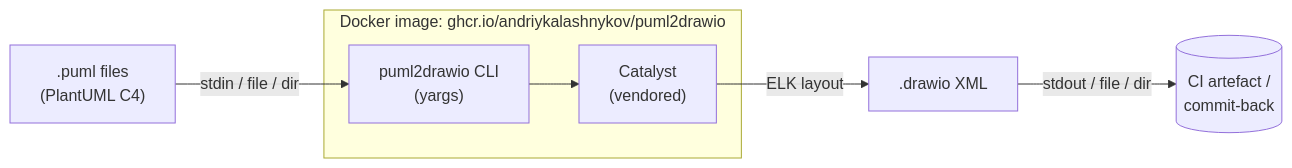
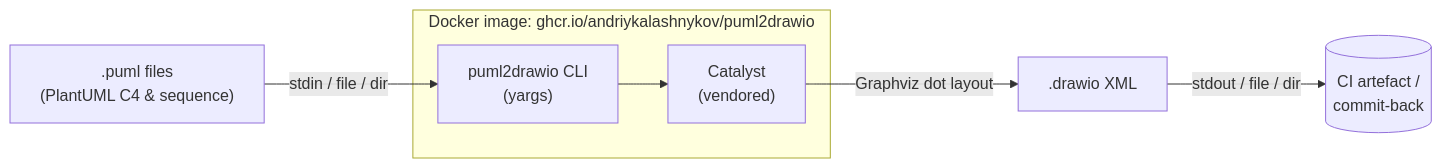
Before and after one commit to AndriyKalashnykov/puml2drawio: the diagram in README.md, drawn with Mermaid. The commit also changed other lines of this file, not shown here.

First line of the commit message:
docs(readme): cover C4 & sequence sources, not C4-only (#100)

````diff
--- a/README.md
+++ b/README.md
@@ -10,12 +10,12 @@
 ```mermaid
 flowchart LR
-  puml[".puml files<br/>(PlantUML C4)"] -->|stdin / file / dir| cli["puml2drawio CLI<br/>(yargs)"]
+  puml[".puml files<br/>(PlantUML C4 & sequence)"] -->|stdin / file / dir| cli["puml2drawio CLI<br/>(yargs)"]
   cli --> conv["Catalyst<br/>(vendored)"]
-  conv -->|ELK layout| drawio[".drawio XML"]
+  conv -->|Graphviz dot layout| drawio[".drawio XML"]
   drawio -->|stdout / file / dir| out[("CI artefact /<br/>commit-back")]
 
   subgraph "Docker image: ghcr.io/andriykalashnykov/puml2drawio"
     cli
     conv
   end
 ```
````
